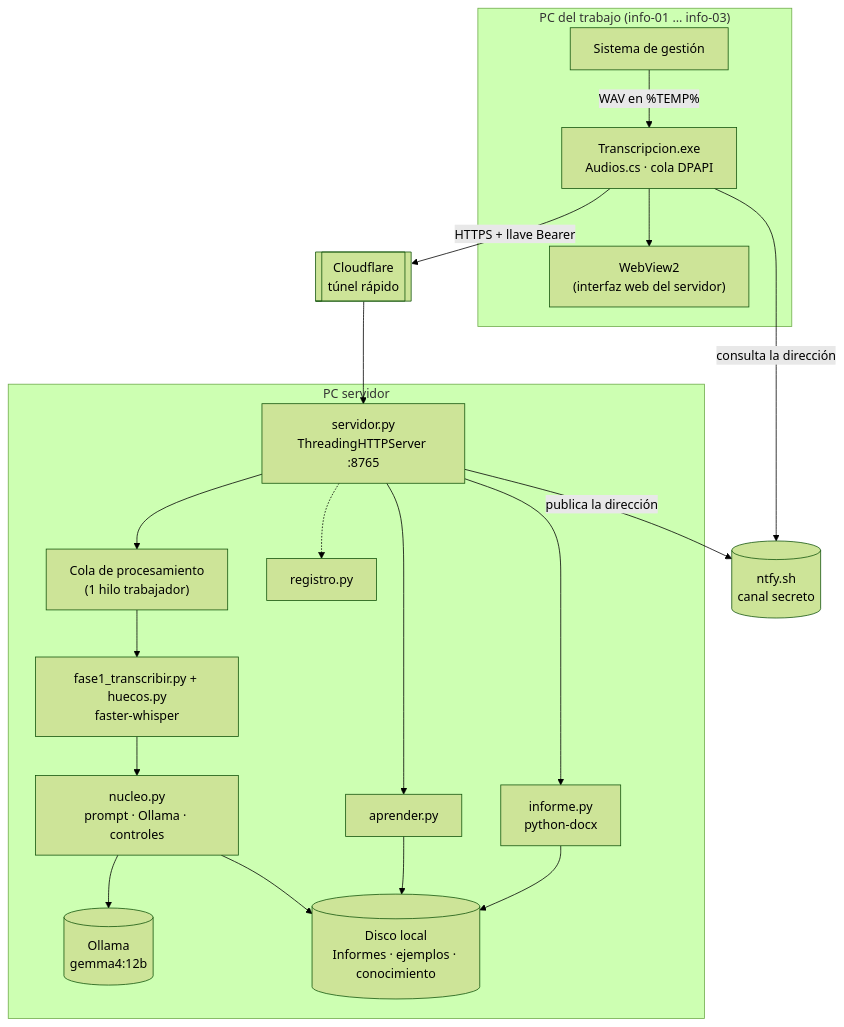
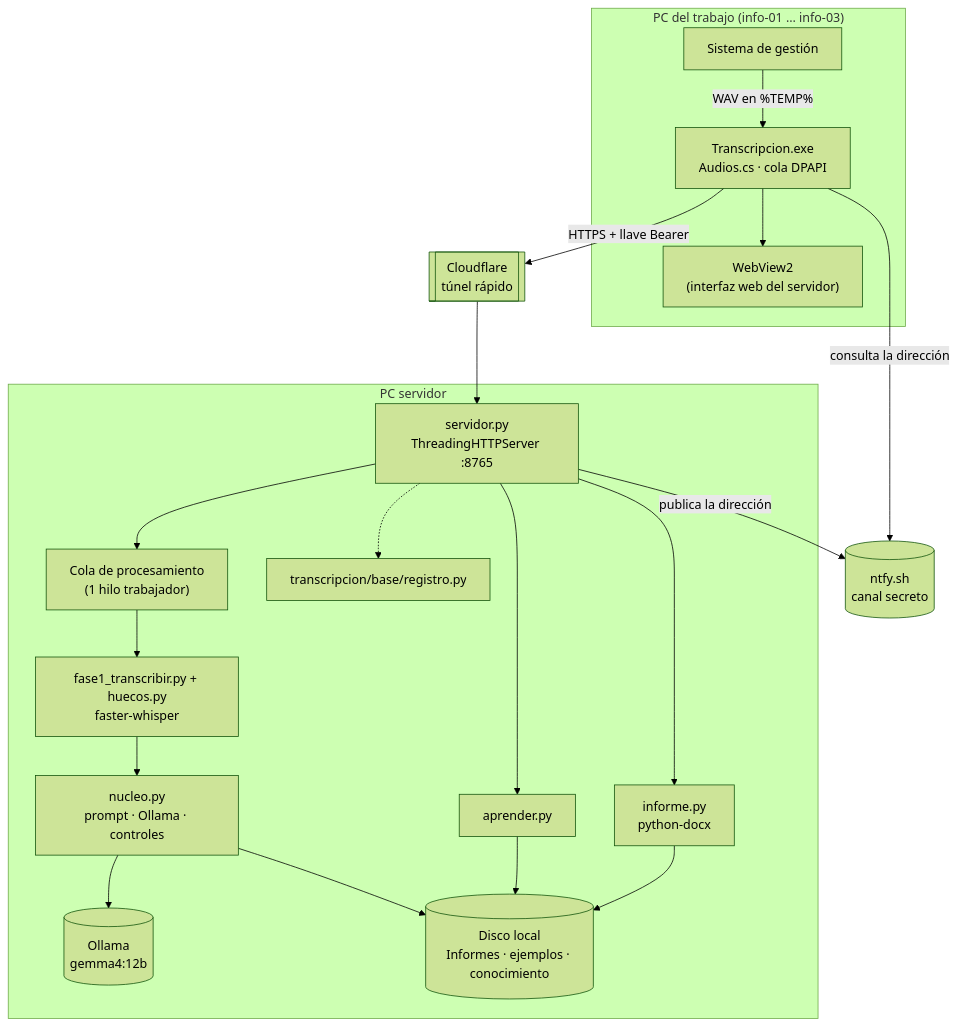
Before and after one commit to RodriEs11/Sistema-de-transcripcion-por-IA: the first of 2 diagrams in docs/arquitectura.md, drawn with Mermaid (forest theme). The commit also changed other lines of this file and 8 other files, not shown here.

````diff
--- a/docs/arquitectura.md
+++ b/docs/arquitectura.md
@@ -13,31 +13,31 @@
 ```mermaid
 flowchart TB
     subgraph PC_Trabajo["PC del trabajo (info-01 … info-03)"]
         GES["Sistema de gestión"] -- "WAV en %TEMP%" --> CLI["Transcripcion.exe<br/>Audios.cs · cola DPAPI"]
         CLI --> WV["WebView2<br/>(interfaz web del servidor)"]
     end
 
     NTFY[("ntfy.sh<br/>canal secreto")]
     CF[["Cloudflare<br/>túnel rápido"]]
 
     subgraph Servidor["PC servidor"]
         HTTP["servidor.py<br/>ThreadingHTTPServer :8765"]
         COLA["Cola de procesamiento<br/>(1 hilo trabajador)"]
         WH["fase1_transcribir.py + huecos.py<br/>faster-whisper"]
         NU["nucleo.py<br/>prompt · Ollama · controles"]
         OL[("Ollama<br/>gemma4:12b")]
         INF["informe.py<br/>python-docx"]
         APR["aprender.py"]
-        REG["registro.py"]
+        REG["transcripcion/base/registro.py"]
         FS[("Disco local<br/>Informes · ejemplos · conocimiento")]
         HTTP --> COLA --> WH --> NU --> OL
         HTTP --> INF --> FS
         HTTP --> APR --> FS
         NU --> FS
         HTTP -.-> REG
     end
 
     CLI -- "HTTPS + llave Bearer" --> CF --> HTTP
     HTTP -- "publica la dirección" --> NTFY
     CLI -- "consulta la dirección" --> NTFY
 ```
````
